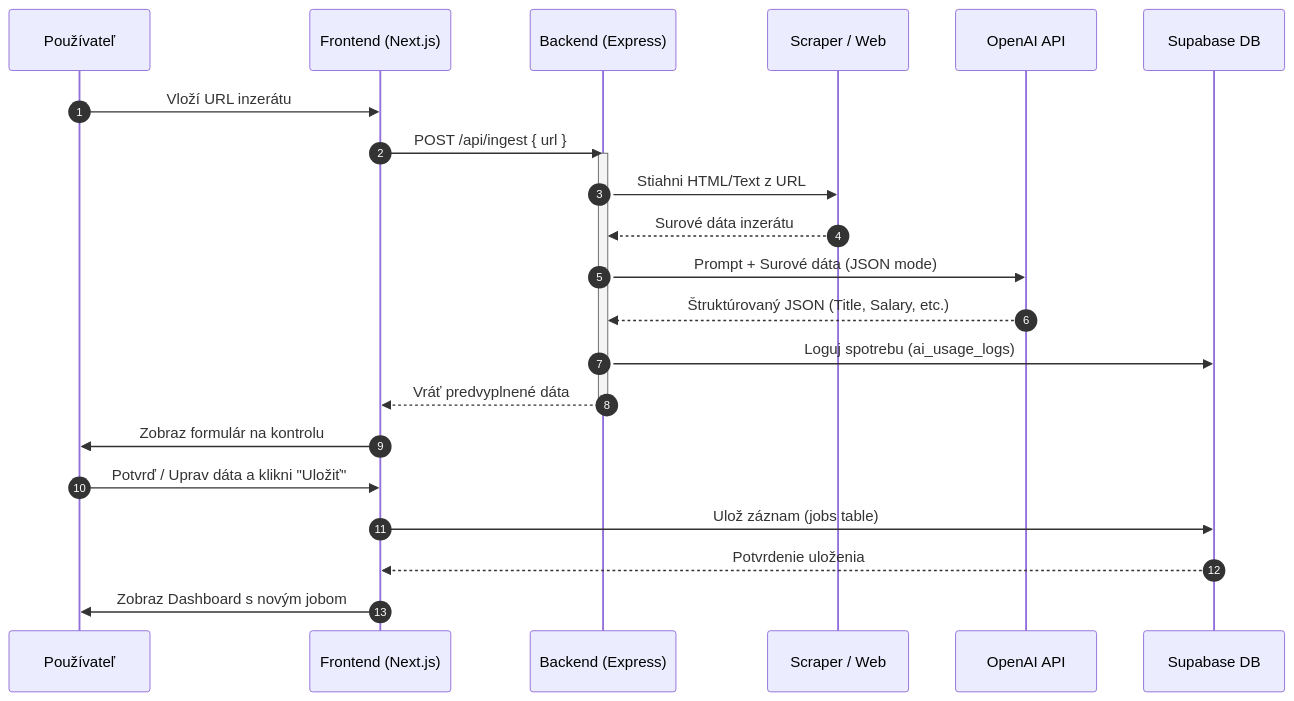
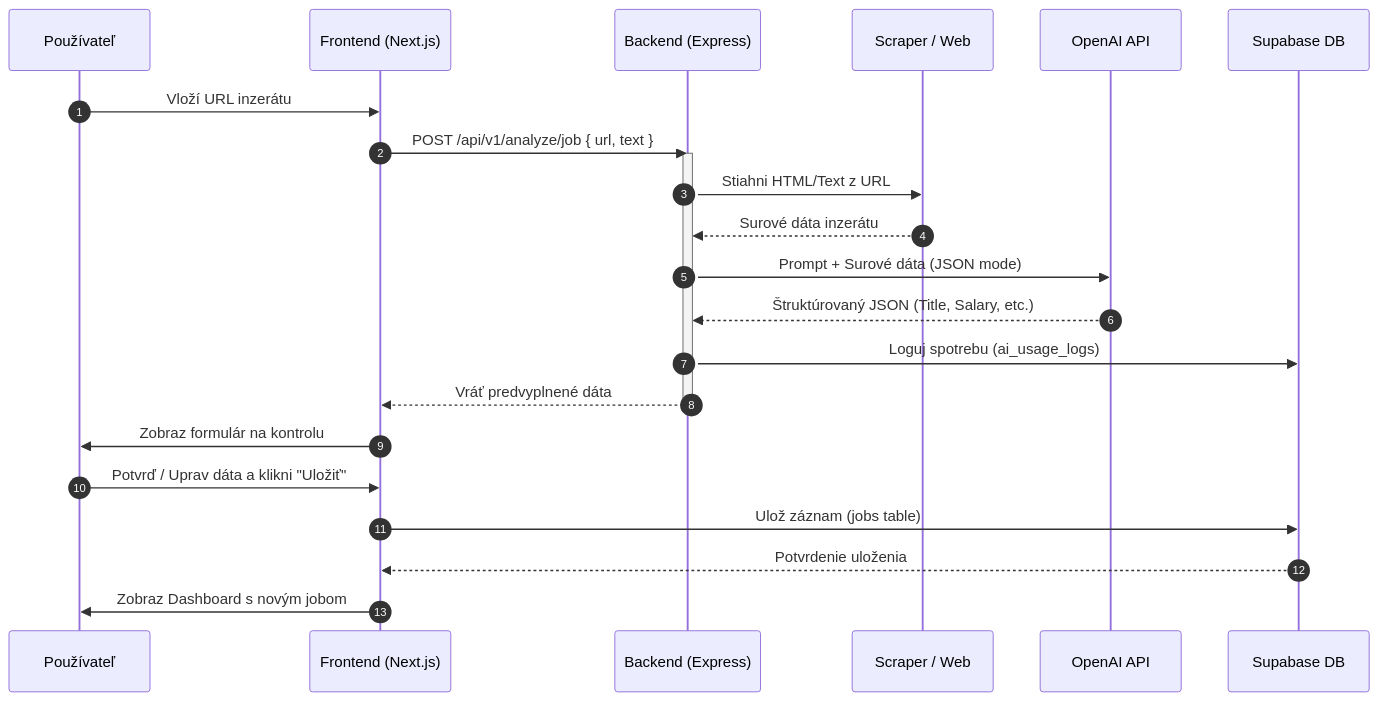
The diagram in docs/diagrams/smart_ingest.md (piterb/jobhunter), drawn with Mermaid before and after one commit. The commit also changed 37 other files, not shown here.

````diff
--- a/docs/diagrams/smart_ingest.md
+++ b/docs/diagrams/smart_ingest.md
@@ -1,31 +1,31 @@
 ```mermaid
 sequenceDiagram
     autonumber
     participant U as Používateľ
     participant FE as Frontend (Next.js)
     participant BE as Backend (Express)
     participant SCR as Scraper / Web
     participant AI as OpenAI API
     participant DB as Supabase DB
 
     U->>FE: Vloží URL inzerátu
-    FE->>BE: POST /api/ingest { url }
+    FE->>BE: POST /api/v1/analyze/job { url, text }
     
     activate BE
     BE->>SCR: Stiahni HTML/Text z URL
     SCR-->>BE: Surové dáta inzerátu
     
     BE->>AI: Prompt + Surové dáta (JSON mode)
     AI-->>BE: Štruktúrovaný JSON (Title, Salary, etc.)
     
     BE->>DB: Loguj spotrebu (ai_usage_logs)
     BE-->>FE: Vráť predvyplnené dáta
     deactivate BE
 
     FE->>U: Zobraz formulár na kontrolu
     U->>FE: Potvrď / Uprav dáta a klikni "Uložiť"
     
     FE->>DB: Ulož záznam (jobs table)
     DB-->>FE: Potvrdenie uloženia
     FE->>U: Zobraz Dashboard s novým jobom
 ```
````
